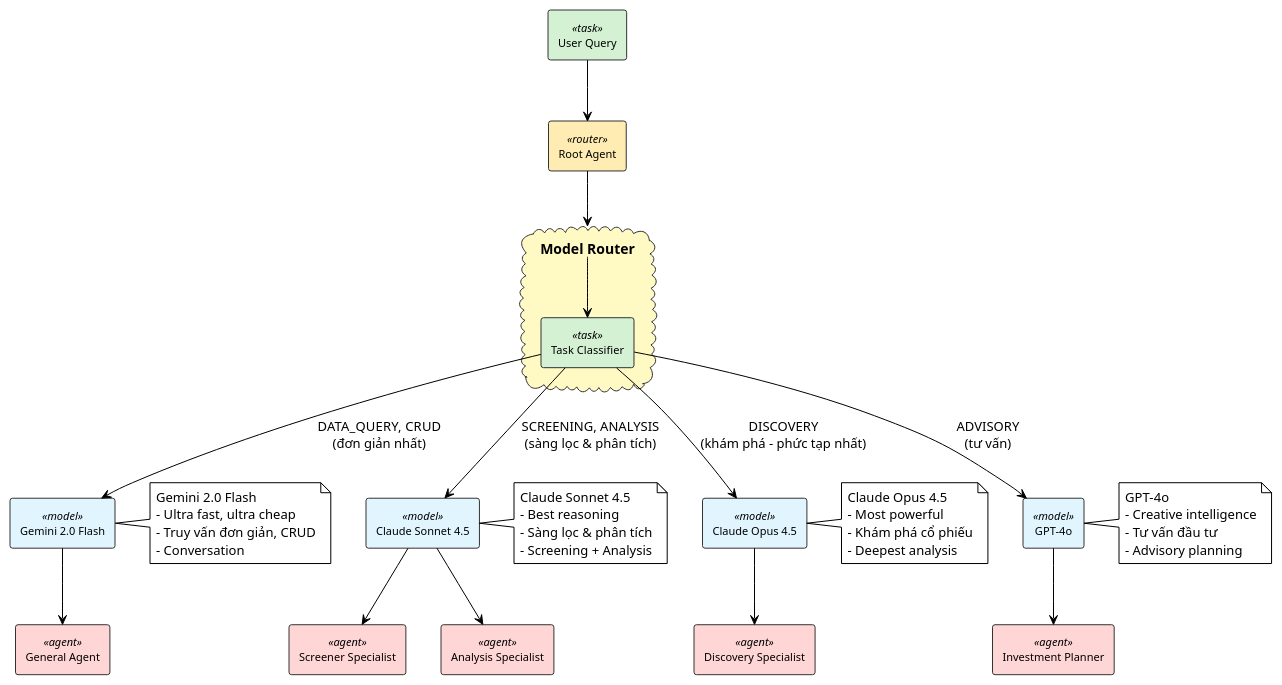
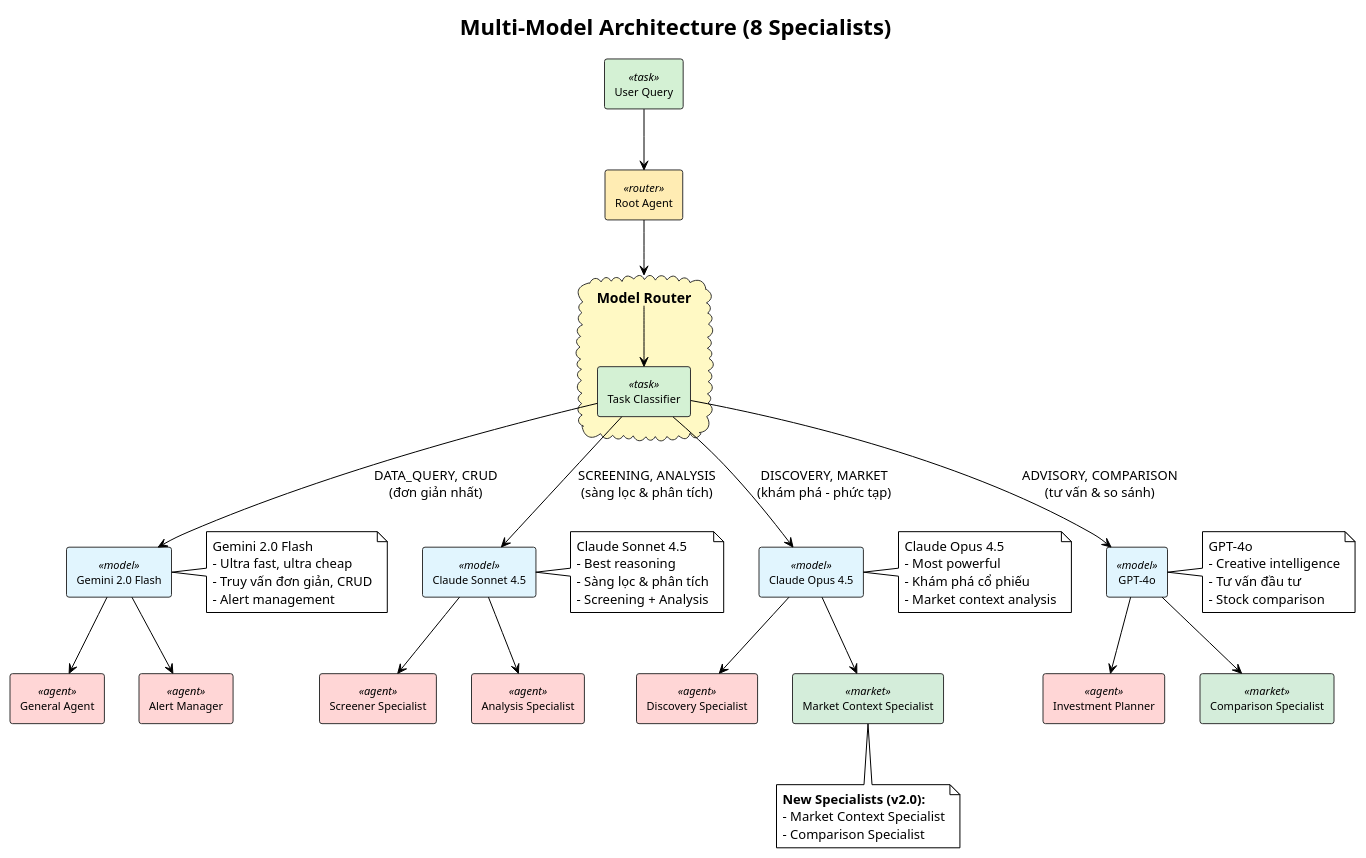
The diagram in diagrams/agent_diagrams/multi_model_architecture.puml (GiangNV-HUST/DATN), drawn with PlantUML before and after one commit. The commit also changed 22 other files, not shown here.

First line of the commit message:
fix: Fix PlantUML nested rectangle syntax errors

```diff
--- a/diagrams/agent_diagrams/multi_model_architecture.puml
+++ b/diagrams/agent_diagrams/multi_model_architecture.puml
@@ -2,84 +2,99 @@
 @startuml multi_model_architecture
 !theme plain
 skinparam backgroundColor #FFFFFF
 skinparam shadowing false
 skinparam defaultFontName "Times New Roman"
 
+title Multi-Model Architecture (8 Specialists)
 
 skinparam rectangle {
     BackgroundColor<<agent>> #FFD6D6
     BackgroundColor<<model>> #E1F5FE
     BackgroundColor<<router>> #FFECB3
     BackgroundColor<<task>> #D4F1D4
+    BackgroundColor<<market>> #D4EDDA
     BorderColor #333333
     FontSize 11
 }
 
 skinparam cloud {
     BackgroundColor #FFF9C4
     BorderColor #333333
 }
 
 rectangle "User Query" as query <<task>>
 rectangle "Root Agent" as root <<router>>
 
 cloud "Model Router" as router {
     rectangle "Task Classifier" as analyzer <<task>>
 }
 
 rectangle "Gemini 2.0 Flash" as gemini_flash <<model>>
 rectangle "Claude Sonnet 4.5" as claude_sonnet <<model>>
 rectangle "Claude Opus 4.5" as claude_opus <<model>>
 rectangle "GPT-4o" as gpt <<model>>
 
+' 8 Specialists
 rectangle "General Agent" as general <<agent>>
 rectangle "Screener Specialist" as screener <<agent>>
 rectangle "Analysis Specialist" as analysis <<agent>>
 rectangle "Discovery Specialist" as discovery <<agent>>
 rectangle "Investment Planner" as investment <<agent>>
+rectangle "Alert Manager" as alert <<agent>>
+rectangle "Market Context Specialist" as market <<market>>
+rectangle "Comparison Specialist" as comparison <<market>>
 
 query --> root
 root --> router
 
 router --> analyzer
 
 analyzer --> gemini_flash : "DATA_QUERY, CRUD\n(đơn giản nhất)"
 analyzer --> claude_sonnet : "SCREENING, ANALYSIS\n(sàng lọc & phân tích)"
-analyzer --> claude_opus : "DISCOVERY\n(khám phá - phức tạp nhất)"
-analyzer --> gpt : "ADVISORY\n(tư vấn)"
+analyzer --> claude_opus : "DISCOVERY, MARKET\n(khám phá - phức tạp)"
+analyzer --> gpt : "ADVISORY, COMPARISON\n(tư vấn & so sánh)"
 
 gemini_flash --> general
+gemini_flash --> alert
 claude_sonnet --> screener
 claude_sonnet --> analysis
 claude_opus --> discovery
+claude_opus --> market
 gpt --> investment
+gpt --> comparison
 
 note right of gemini_flash
   Gemini 2.0 Flash
   - Ultra fast, ultra cheap
   - Truy vấn đơn giản, CRUD
-  - Conversation
+  - Alert management
 end note
 
 note right of claude_sonnet
   Claude Sonnet 4.5
   - Best reasoning
   - Sàng lọc & phân tích
   - Screening + Analysis
 end note
 
 note right of claude_opus
   Claude Opus 4.5
   - Most powerful
   - Khám phá cổ phiếu
-  - Deepest analysis
+  - Market context analysis
 end note
 
 note right of gpt
   GPT-4o
   - Creative intelligence
   - Tư vấn đầu tư
-  - Advisory planning
+  - Stock comparison
+end note
+
+note bottom of market
+  **New Specialists (v2.0):**
+  - Market Context Specialist
+  - Comparison Specialist
 end note
 
 @enduml
```
